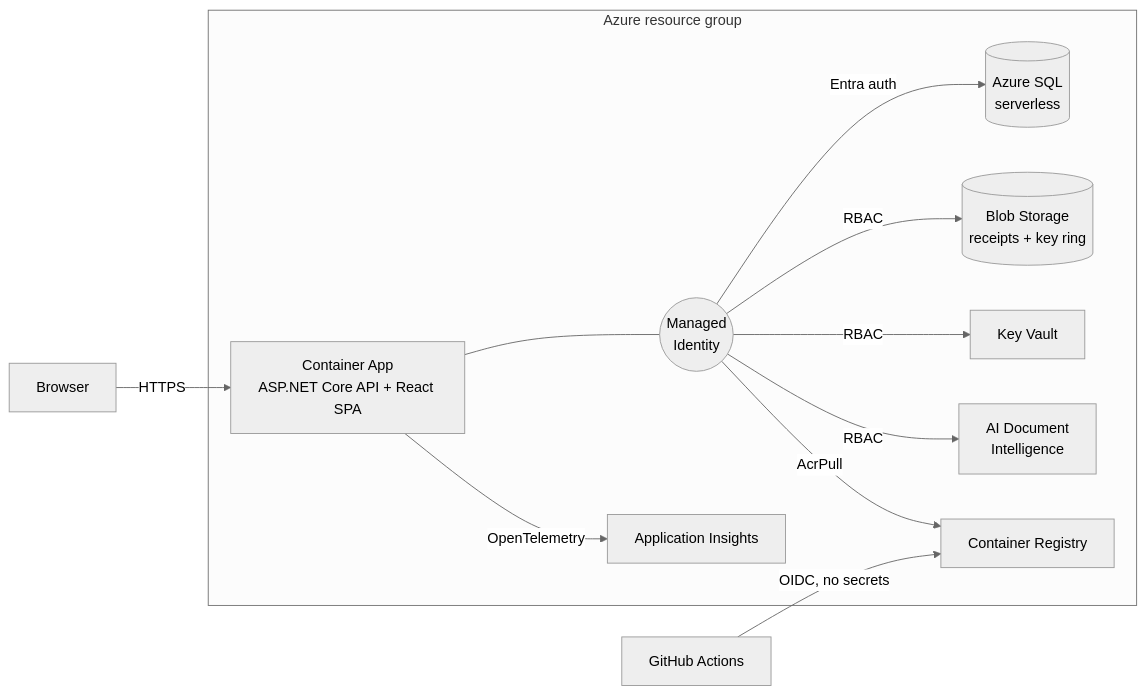
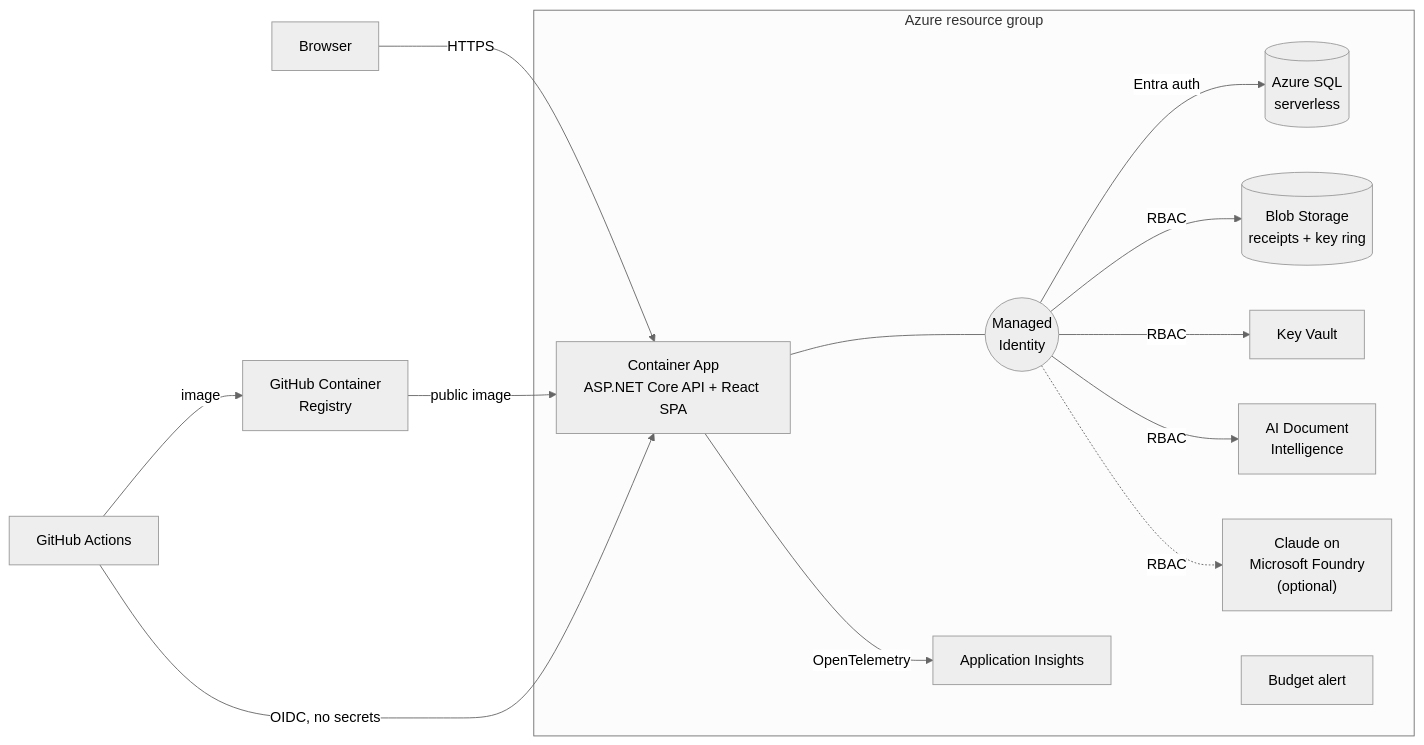
Before and after one commit to yfw21/RenoProjectBudgetControl: the diagram in README.md, drawn with Mermaid (neutral theme). The commit also changed other lines of this file and 13 other files, not shown here.

````diff
--- a/README.md
+++ b/README.md
@@ -10,22 +11,25 @@
 ```mermaid
 flowchart LR
   U[Browser] -- HTTPS --> CA
   subgraph Azure resource group
     CA["Container App<br/>ASP.NET Core API + React SPA"]
     MI(("Managed<br/>Identity"))
     SQL[(Azure SQL<br/>serverless)]
     BLOB[(Blob Storage<br/>receipts + key ring)]
     KV[Key Vault]
     DI[AI Document<br/>Intelligence]
+    CL["Claude on<br/>Microsoft Foundry<br/>(optional)"]
     AI[Application Insights]
-    ACR[Container Registry]
+    BUD[Budget alert]
     CA --- MI
     MI -- Entra auth --> SQL
     MI -- RBAC --> BLOB
     MI -- RBAC --> KV
     MI -- RBAC --> DI
-    MI -- AcrPull --> ACR
+    MI -. RBAC .-> CL
     CA -- OpenTelemetry --> AI
   end
-  GH[GitHub Actions] -- OIDC, no secrets --> ACR
+  GH[GitHub Actions] -- image --> GHCR[GitHub Container<br/>Registry]
+  GHCR -- public image --> CA
+  GH -- OIDC, no secrets --> CA
 ```
````
